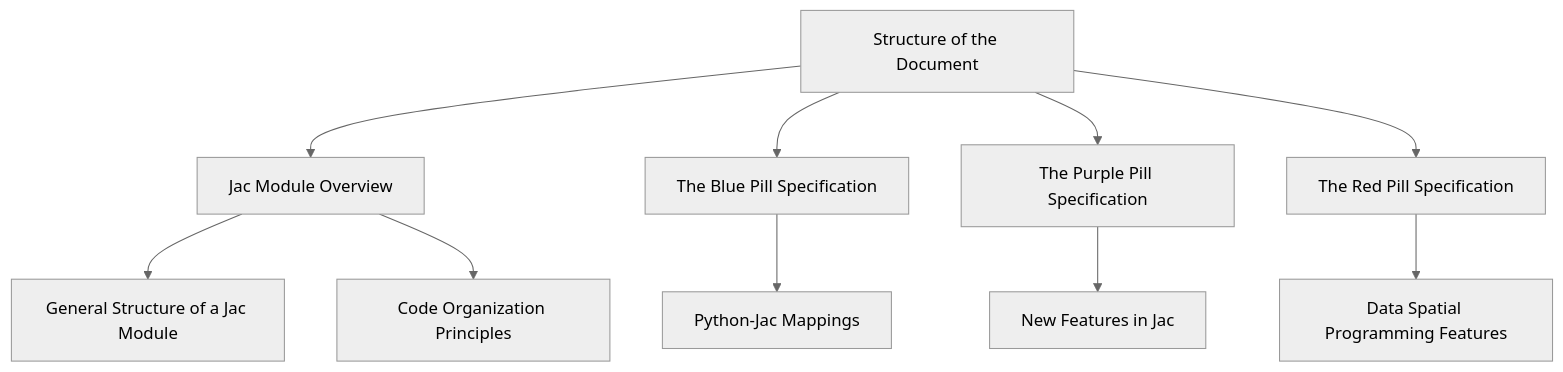
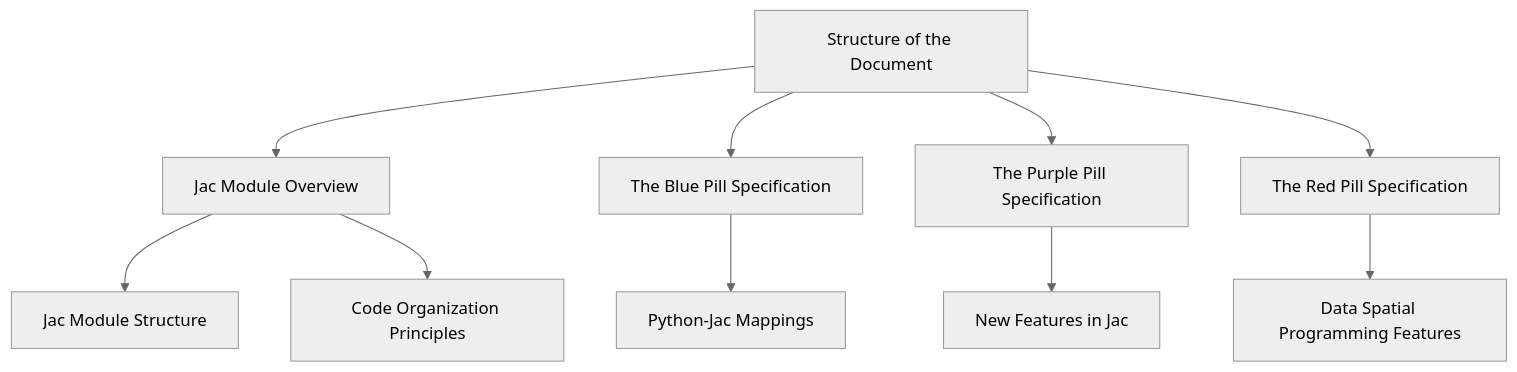
Before and after one commit to Jaseci-Labs/jaseci: the diagram in support/jac-lang.org/docs/spec.md, drawn with Mermaid (neutral theme). The commit also changed 1 other file, not shown here.

Commit message:
highlighter pretty close to done

````diff
--- a/support/jac-lang.org/docs/spec.md
+++ b/support/jac-lang.org/docs/spec.md
@@ -19,17 +19,17 @@
 ```mermaid
 graph TB
 A["Structure of the Document"]
 B["Jac Module Overview"]
 C["The Blue Pill Specification"]
 D["The Purple Pill Specification"]
 E["The Red Pill Specification"]
 A --> B
 A --> C
 A --> D
 A --> E
-B --> F["General Structure of a Jac Module"]
+B --> F["Jac Module Structure"]
 B --> G["Code Organization Principles"]
 C --> H["Python-Jac Mappings"]
 D --> I["New Features in Jac"]
 E --> J["Data Spatial Programming Features"]
 ```
````
